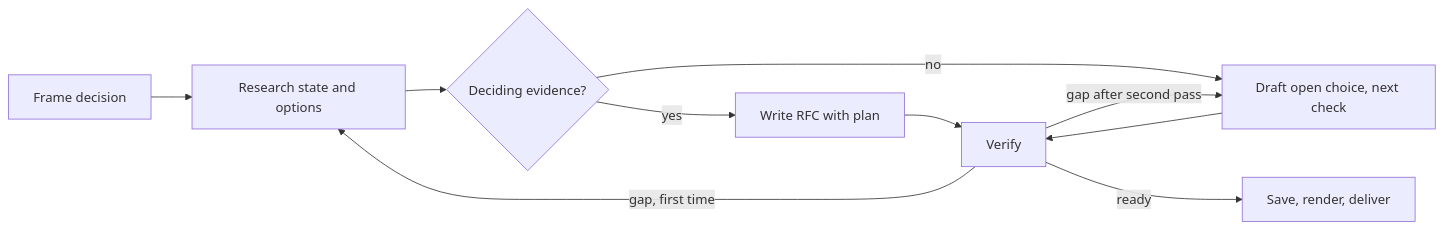
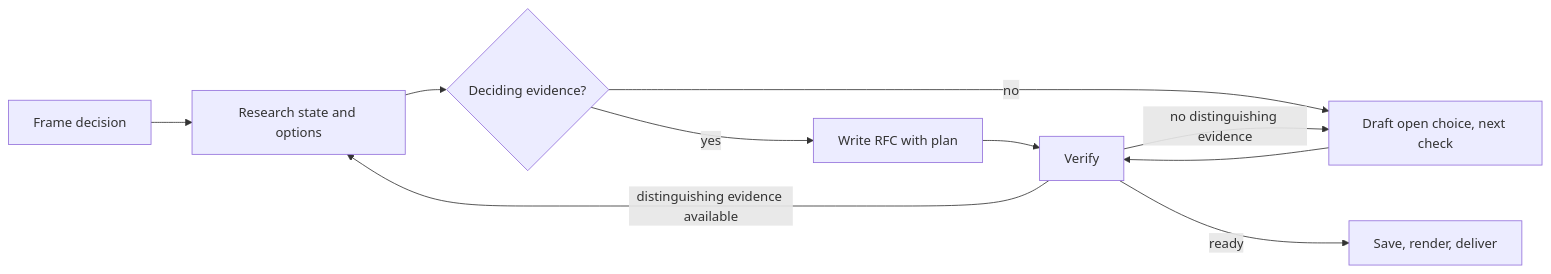
One commit to bgauryy/octocode-mcp changed the diagram in skills/octocode-rfc-generator/SKILL.md. Above: the diagram before and after it, drawn with Mermaid. The commit also changed other lines of this file and 523 other files, not shown here.

````diff
--- a/skills/octocode-rfc-generator/SKILL.md
+++ b/skills/octocode-rfc-generator/SKILL.md
@@ -10,12 +10,12 @@
 ```mermaid
 flowchart LR
   Q[Frame decision] --> R[Research state and options]
   R --> D{Deciding evidence?}
   D -- yes --> W[Write RFC with plan]
   D -- no --> B[Draft open choice, next check]
   W --> V[Verify]
   B --> V
-  V -- "gap, first time" --> R
-  V -- "gap after second pass" --> B
+  V -- "distinguishing evidence available" --> R
+  V -- "no distinguishing evidence" --> B
   V -- ready --> O[Save, render, deliver]
 ```
````
